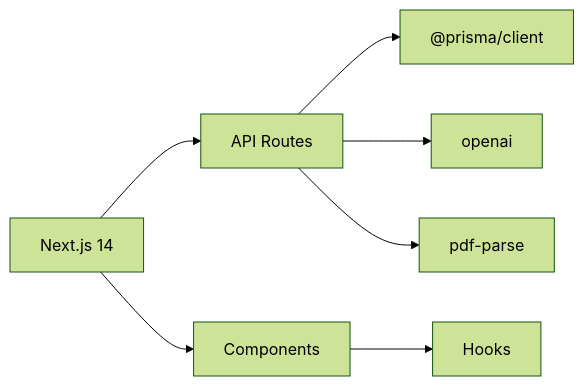
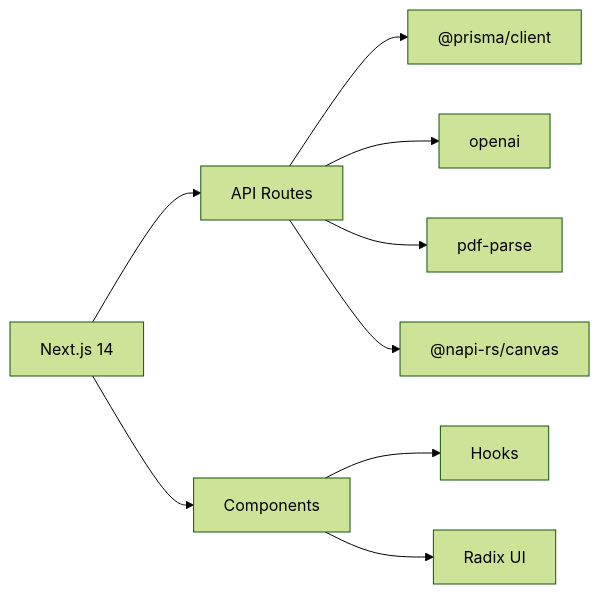
One commit to nitish-niraj/cumathassignment changed diagram 11 of 11 in .qoder/repowiki/en/content/Performance Optimization.md. Above: the diagram before and after it, drawn with Mermaid (forest theme). The commit also changed other lines of this file and 6 other files, not shown here.

````diff
--- a/.qoder/repowiki/en/content/Performance Optimization.md
+++ b/.qoder/repowiki/en/content/Performance Optimization.md
@@ -360,9 +524,11 @@
 ```mermaid
 graph LR
 Next["Next.js 14"] --> API["API Routes"]
 API --> Prisma["@prisma/client"]
 API --> OpenAI["openai"]
 API --> PDF["pdf-parse"]
+API --> Canvas["@napi-rs/canvas"]
 Next --> UI["Components"]
 UI --> Hooks["Hooks"]
+UI --> Radix["Radix UI"]
 ```
````
